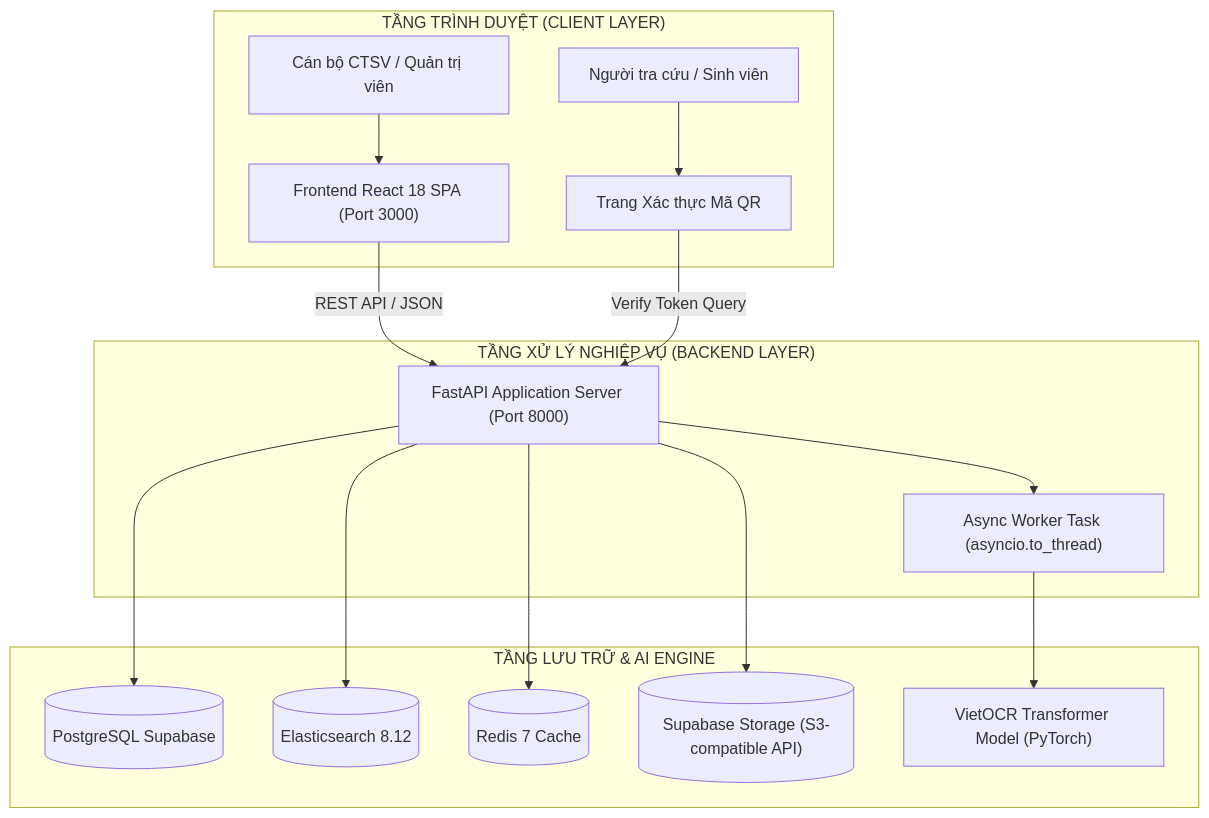
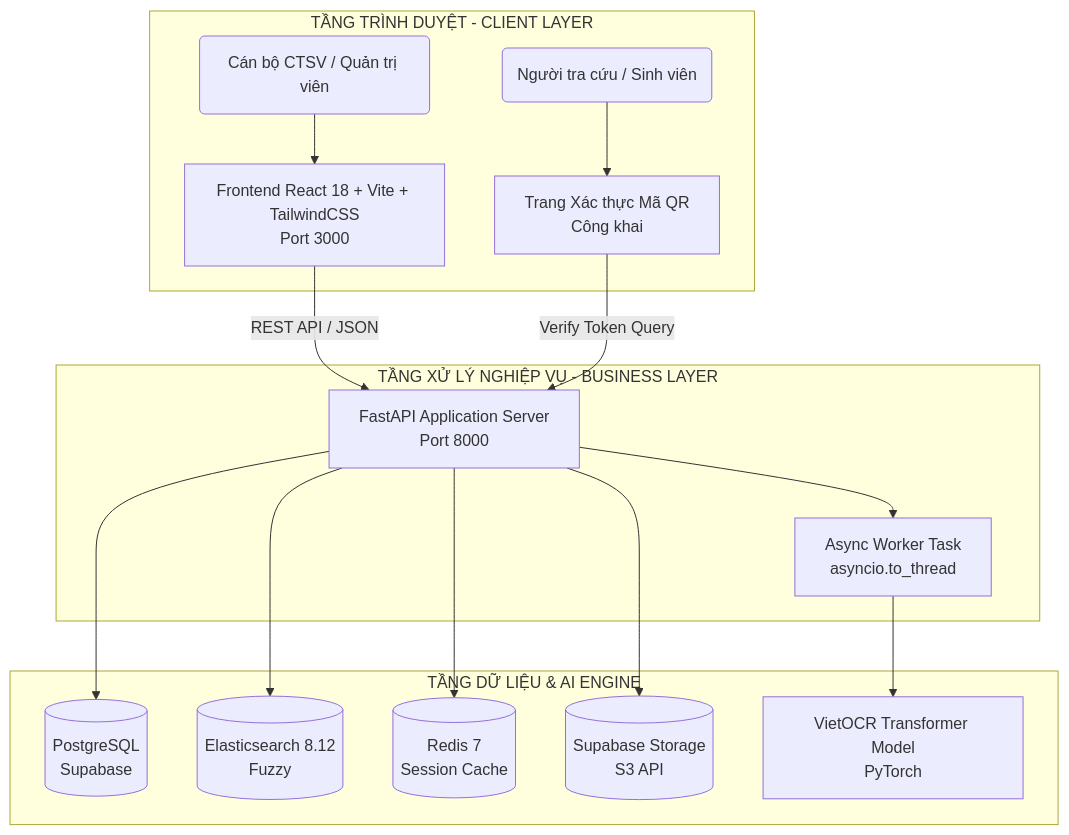
The first of 2 diagrams in noidungpp.md (thanh063456/-ATN), drawn with Mermaid before and after one commit. The commit also changed other lines of this file and 39 other files, not shown here.

````diff
--- a/noidungpp.md
+++ b/noidungpp.md
@@ -135,21 +45,21 @@
 ```mermaid
-graph TB
-    subgraph Client ["TẦNG TRÌNH DUYỆT (CLIENT LAYER)"]
-        User["Cán bộ CTSV / Quản trị viên"] --> SPA["Frontend React 18 SPA (Port 3000)"]
-        Guest["Người tra cứu / Sinh viên"] --> Verify["Trang Xác thực Mã QR"]
+flowchart TD
+    subgraph Client [TẦNG TRÌNH DUYỆT - CLIENT LAYER]
+        U1(Cán bộ CTSV / Quản trị viên) --> F1[Frontend React 18 + Vite + TailwindCSS<br>Port 3000]
+        U2(Người tra cứu / Sinh viên) --> F2[Trang Xác thực Mã QR<br>Công khai]
     end
 
-    subgraph Gateway ["TẦNG XỬ LÝ NGHIỆP VỤ (BACKEND LAYER)"]
-        SPA -->|REST API / JSON| API["FastAPI Application Server (Port 8000)"]
-        Verify -->|Verify Token Query| API
-        API --> Worker["Async Worker Task (asyncio.to_thread)"]
+    subgraph Backend [TẦNG XỬ LÝ NGHIỆP VỤ - BUSINESS LAYER]
+        F1 -->|REST API / JSON| API[FastAPI Application Server<br>Port 8000]
+        F2 -->|Verify Token Query| API
+        API --> Worker[Async Worker Task<br>asyncio.to_thread]
     end
 
-    subgraph DataStore ["TẦNG LƯU TRỮ & AI ENGINE"]
-        API --> DB[(PostgreSQL Supabase)]
-        API --> ES[(Elasticsearch 8.12)]
-        API --> RD[(Redis 7 Cache)]
-        API --> S3[("Supabase Storage (S3-compatible API)")]
-        Worker --> Model["VietOCR Transformer Model (PyTorch)"]
+    subgraph DataAI [TẦNG DỮ LIỆU & AI ENGINE]
+        API --> DB[(PostgreSQL<br>Supabase)]
+        API --> ES[(Elasticsearch 8.12<br>Fuzzy)]
+        API --> RD[(Redis 7<br>Session Cache)]
+        API --> S3[(Supabase Storage<br>S3 API)]
+        Worker --> Model[VietOCR Transformer Model<br>PyTorch]
     end
 ```
````
